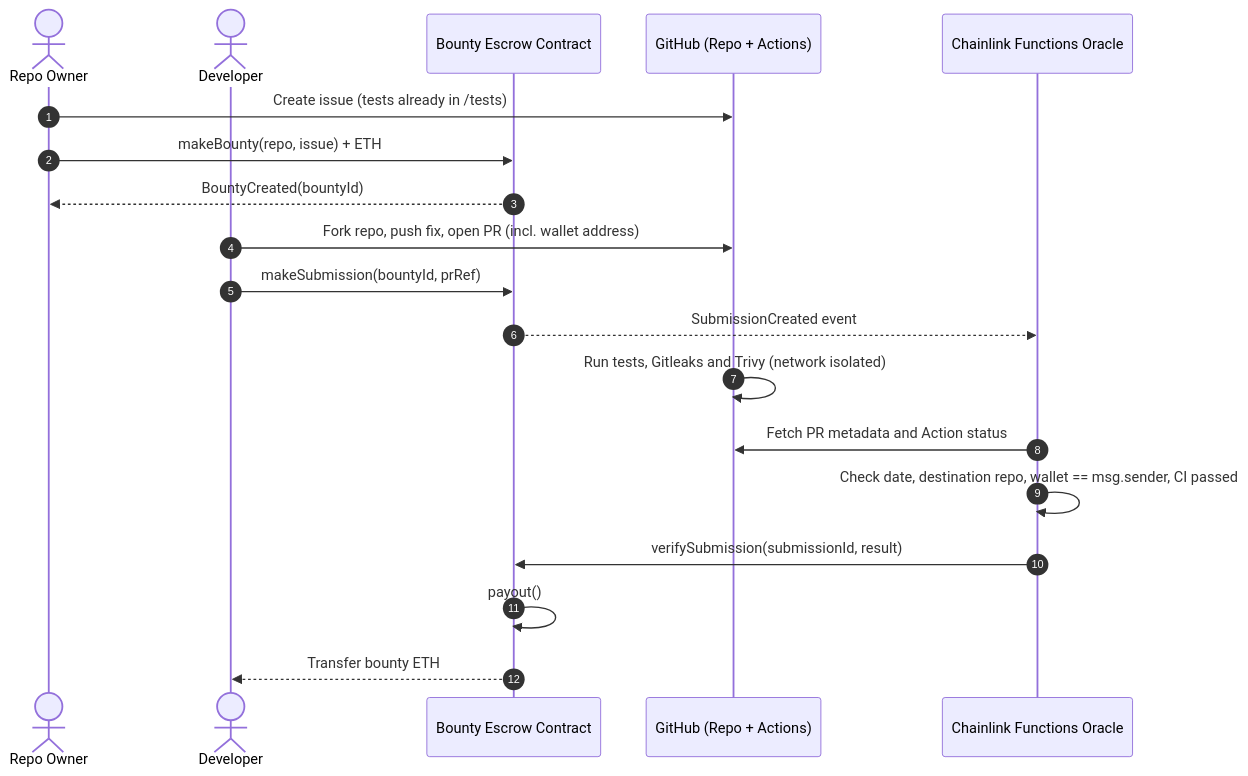
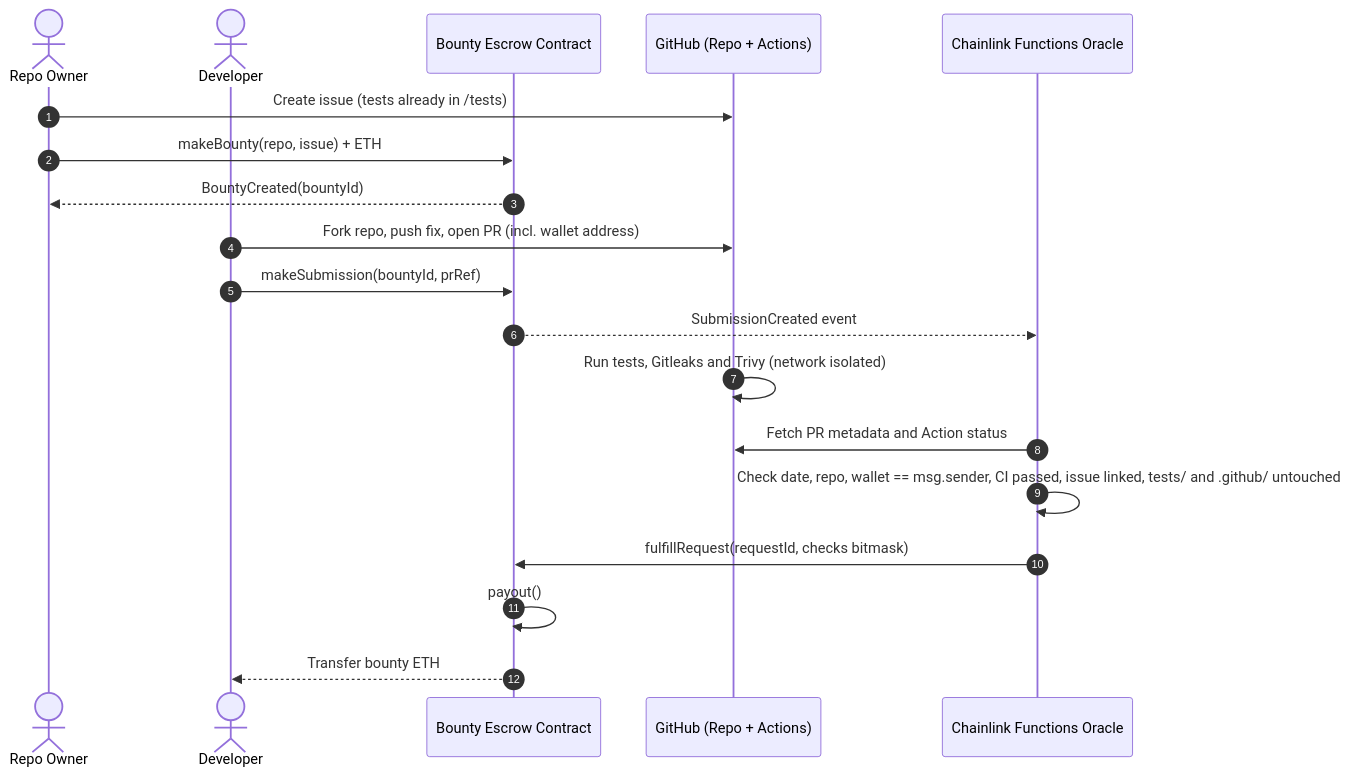
One commit to adiseshan1505/CI-Gated-Trustless-Open-Source-Bounty-Payout-System changed the first of 2 diagrams in README.md. Above: the diagram before and after it, drawn with Mermaid. The commit also changed other lines of this file, not shown here.

Commit message:
docs: document implemented contracts, oracle checks and setup steps

````diff
--- a/README.md
+++ b/README.md
@@ -171,25 +183,25 @@
 ```mermaid
 sequenceDiagram
     autonumber
     actor Owner as Repo Owner
     actor Dev as Developer
     participant SC as Bounty Escrow Contract
     participant GH as GitHub (Repo + Actions)
     participant OR as Chainlink Functions Oracle
 
     Owner->>GH: Create issue (tests already in /tests)
     Owner->>SC: makeBounty(repo, issue) + ETH
     SC-->>Owner: BountyCreated(bountyId)
 
     Dev->>GH: Fork repo, push fix, open PR (incl. wallet address)
     Dev->>SC: makeSubmission(bountyId, prRef)
     SC-->>OR: SubmissionCreated event
 
     GH->>GH: Run tests, Gitleaks and Trivy (network isolated)
 
     OR->>GH: Fetch PR metadata and Action status
-    OR->>OR: Check date, destination repo, wallet == msg.sender, CI passed
-    OR->>SC: verifySubmission(submissionId, result)
+    OR->>OR: Check date, repo, wallet == msg.sender, CI passed, issue linked, tests/ and .github/ untouched
+    OR->>SC: fulfillRequest(requestId, checks bitmask)
     SC->>SC: payout()
     SC-->>Dev: Transfer bounty ETH
 ```
````
